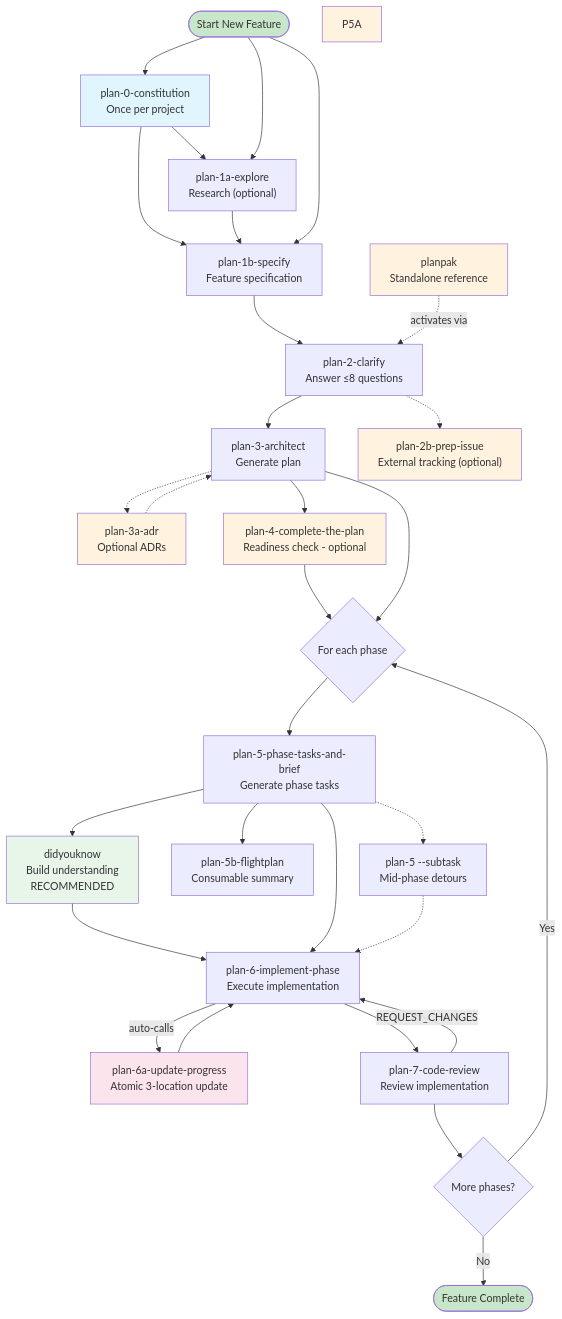
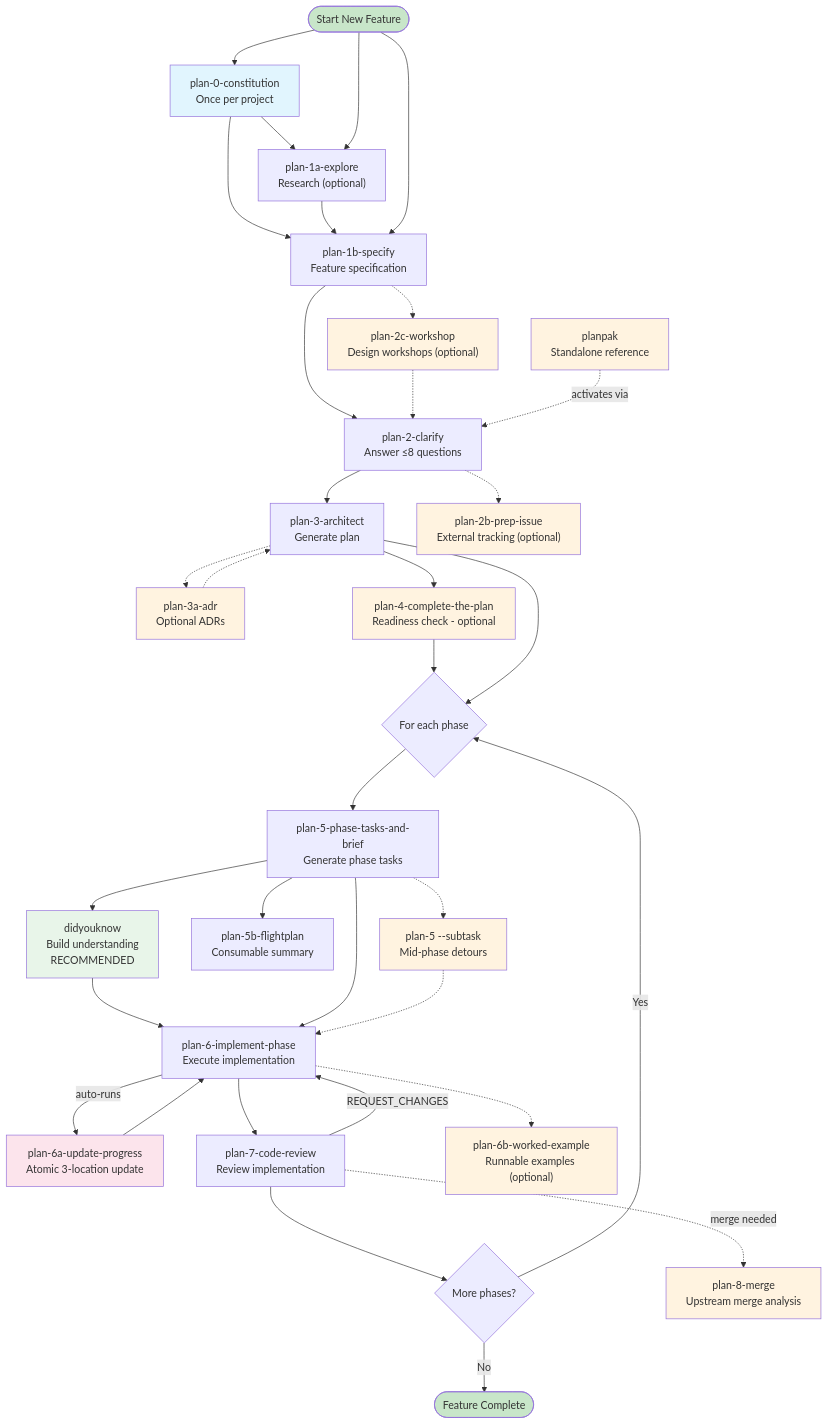
Before and after one commit to jakkaj/tools: the second of 8 diagrams in agents/commands/README.md, drawn with Mermaid. The commit also changed other lines of this file and 19 other files, not shown here.

````diff
--- a/agents/commands/README.md
+++ b/agents/commands/README.md
@@ -87,55 +87,62 @@
 ```mermaid
 graph TD
     Start([Start New Feature]) --> P0["plan-0-constitution<br/>Once per project"]
     P0 --> P1A["plan-1a-explore<br/>Research (optional)"]
     P0 --> P1B["plan-1b-specify<br/>Feature specification"]
     P1A --> P1B
     Start --> P1A
     Start --> P1B
 
     P1B --> P2["plan-2-clarify<br/>Answer ≤8 questions"]
+    P1B -.-> P2C["plan-2c-workshop<br/>Design workshops (optional)"]
+    P2C -.-> P2
     P2 --> P3["plan-3-architect<br/>Generate plan"]
 
     P2 -.-> P2B["plan-2b-prep-issue<br/>External tracking (optional)"]
     P3 -.-> P3A["plan-3a-adr<br/>Optional ADRs"]
     P3A -.-> P3
 
     P3 --> P4["plan-4-complete-the-plan<br/>Readiness check - optional"]
     P4 --> PhaseLoop{For each phase}
     P3 --> PhaseLoop
 
     PhaseLoop --> P5["plan-5-phase-tasks-and-brief<br/>Generate phase tasks"]
 
     P5 --> DYK["didyouknow<br/>Build understanding<br/>RECOMMENDED"]
     DYK --> P6
     P5 --> P6["plan-6-implement-phase<br/>Execute implementation"]
 
     P5 --> P5B["plan-5b-flightplan<br/>Consumable summary"]
     P5 -.-> P5ST["plan-5 --subtask<br/>Mid-phase detours"]
     P5ST -.-> P6
 
-    P6 -->|auto-calls| P6A["plan-6a-update-progress<br/>Atomic 3-location update"]
+    P6 -->|auto-runs| P6A["plan-6a-update-progress<br/>Atomic 3-location update"]
     P6A --> P6
 
     P6 --> P7["plan-7-code-review<br/>Review implementation"]
 
     P7 --> NextPhase{More phases?}
     NextPhase -->|Yes| PhaseLoop
     NextPhase -->|No| End([Feature Complete])
 
     P7 -->|REQUEST_CHANGES| P6
+    P6 -.-> P6B["plan-6b-worked-example<br/>Runnable examples (optional)"]
+    P7 -.->|merge needed| P8["plan-8-merge<br/>Upstream merge analysis"]
 
     PAK["planpak<br/>Standalone reference"]
     PAK -.->|"activates via"| P2
 
     style PAK fill:#fff3e0
     style P0 fill:#e1f5fe
     style P2B fill:#fff3e0
     style P3A fill:#fff3e0
     style P4 fill:#fff3e0
-    style P5A fill:#fff3e0
+    style P5ST fill:#fff3e0
+    style P2C fill:#fff3e0
+    style P6B fill:#fff3e0
+    style P8 fill:#fff3e0
     style DYK fill:#e8f5e9
     style P6A fill:#fce4ec
     style Start fill:#c8e6c9
     style End fill:#c8e6c9
 ```
````
